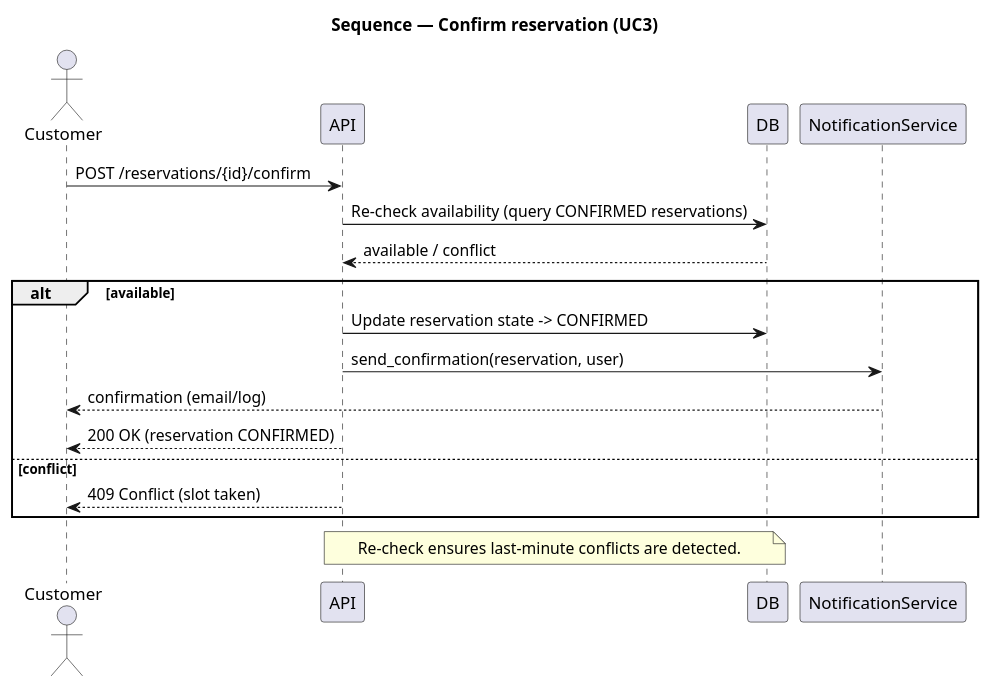
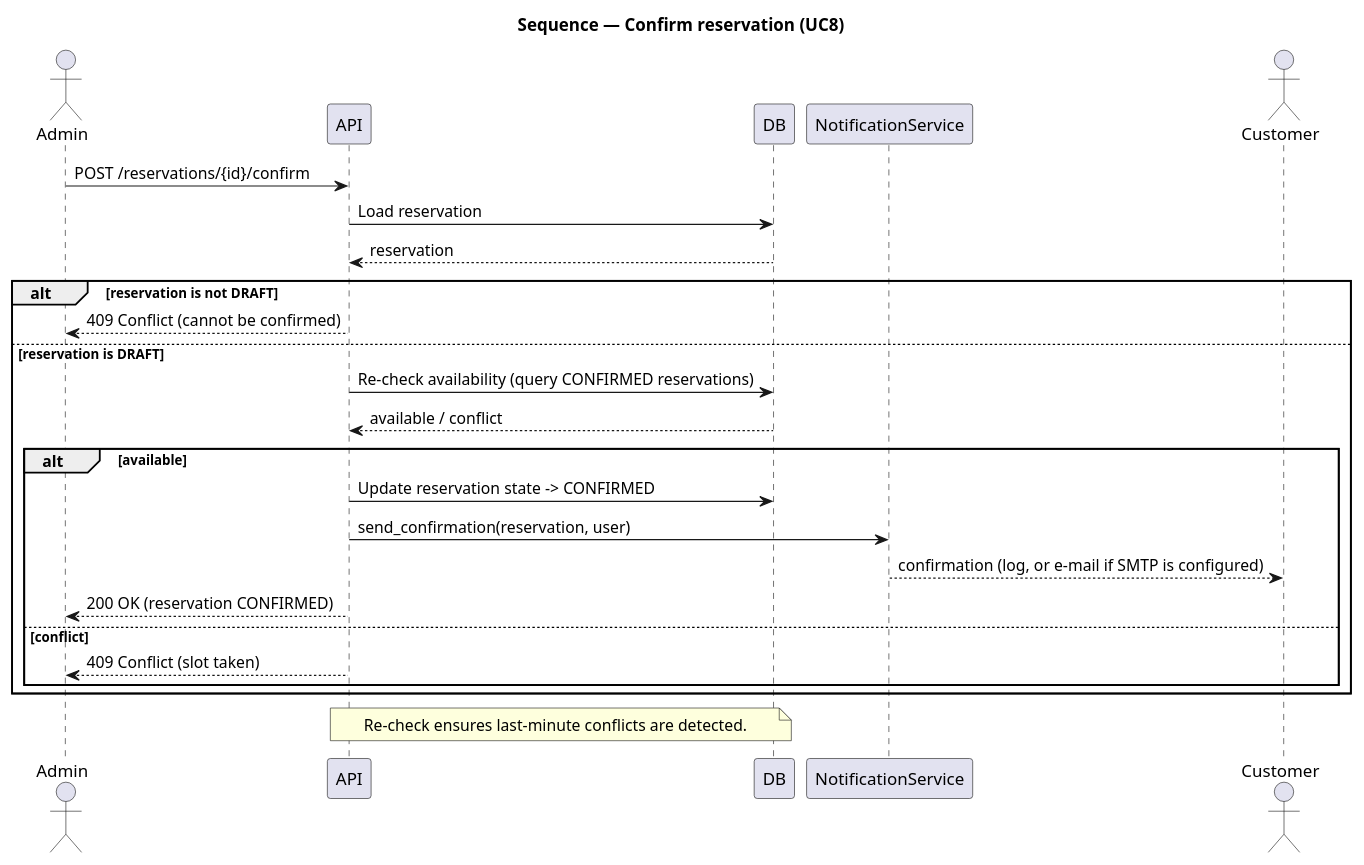
Before and after one commit to DavidMagyarics/CarRentalVSB: the diagram in docs/diagrams/sequence-confirm-reservation.puml, drawn with PlantUML. The commit also changed 5 other files, not shown here.

First line of the commit message:
fix(docs): drop outdated create-reservation diagram and fix confirm sequence

```diff
--- a/docs/diagrams/sequence-confirm-reservation.puml
+++ b/docs/diagrams/sequence-confirm-reservation.puml
@@ -1,26 +1,34 @@
 @startuml sequence_confirm_reservation
-title Sequence — Confirm reservation (UC3)
+title Sequence — Confirm reservation (UC8)
 
-actor Customer
+actor Admin
 participant API
 participant DB
 participant NotificationService
+actor Customer
 
-Customer -> API: POST /reservations/{id}/confirm
-API -> DB: Re-check availability (query CONFIRMED reservations)
-DB --> API: available / conflict
+Admin -> API: POST /reservations/{id}/confirm
+API -> DB: Load reservation
+DB --> API: reservation
 
-alt available
-  API -> DB: Update reservation state -> CONFIRMED
-  API -> NotificationService: send_confirmation(reservation, user)
-  NotificationService --> Customer: confirmation (email/log)
-  API --> Customer: 200 OK (reservation CONFIRMED)
-else conflict
-  API --> Customer: 409 Conflict (slot taken)
+alt reservation is not DRAFT
+  API --> Admin: 409 Conflict (cannot be confirmed)
+else reservation is DRAFT
+  API -> DB: Re-check availability (query CONFIRMED reservations)
+  DB --> API: available / conflict
+
+  alt available
+    API -> DB: Update reservation state -> CONFIRMED
+    API -> NotificationService: send_confirmation(reservation, user)
+    NotificationService --> Customer: confirmation (log, or e-mail if SMTP is configured)
+    API --> Admin: 200 OK (reservation CONFIRMED)
+  else conflict
+    API --> Admin: 409 Conflict (slot taken)
+  end
 end
 
 note over API,DB
   Re-check ensures last-minute conflicts are detected.
 end note
 
 @enduml
```
